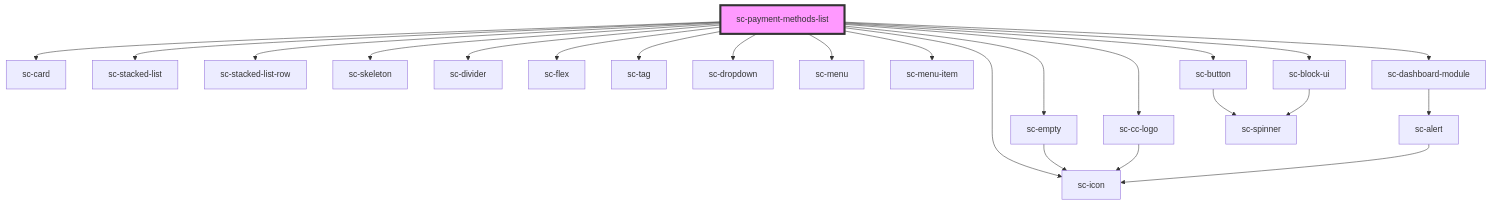
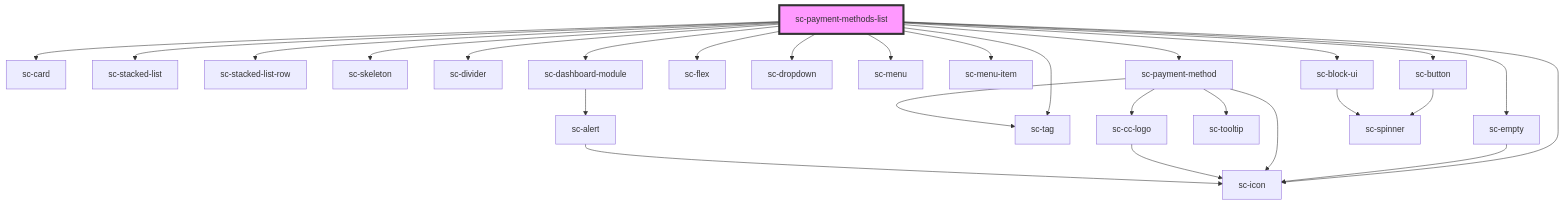
Before and after one commit to surecart/surecart-wp-plugin: the diagram in packages/components/src/components/controllers/dashboard/payment-methods-list/readme.md, drawn with Mermaid. The commit also changed other lines of this file and 22 other files, not shown here.

````diff
--- a/packages/components/src/components/controllers/dashboard/payment-methods-list/readme.md
+++ b/packages/components/src/components/controllers/dashboard/payment-methods-list/readme.md
@@ -38,26 +38,30 @@
 ```mermaid
 graph TD;
   sc-payment-methods-list --> sc-card
   sc-payment-methods-list --> sc-stacked-list
   sc-payment-methods-list --> sc-stacked-list-row
   sc-payment-methods-list --> sc-skeleton
   sc-payment-methods-list --> sc-divider
   sc-payment-methods-list --> sc-empty
+  sc-payment-methods-list --> sc-payment-method
   sc-payment-methods-list --> sc-flex
-  sc-payment-methods-list --> sc-cc-logo
-  sc-payment-methods-list --> sc-icon
   sc-payment-methods-list --> sc-tag
   sc-payment-methods-list --> sc-dropdown
+  sc-payment-methods-list --> sc-icon
   sc-payment-methods-list --> sc-menu
   sc-payment-methods-list --> sc-menu-item
   sc-payment-methods-list --> sc-dashboard-module
   sc-payment-methods-list --> sc-button
   sc-payment-methods-list --> sc-block-ui
   sc-empty --> sc-icon
+  sc-payment-method --> sc-tag
+  sc-payment-method --> sc-cc-logo
+  sc-payment-method --> sc-tooltip
+  sc-payment-method --> sc-icon
   sc-cc-logo --> sc-icon
   sc-dashboard-module --> sc-alert
   sc-alert --> sc-icon
   sc-button --> sc-spinner
   sc-block-ui --> sc-spinner
   style sc-payment-methods-list fill:#f9f,stroke:#333,stroke-width:4px
 ```
````
